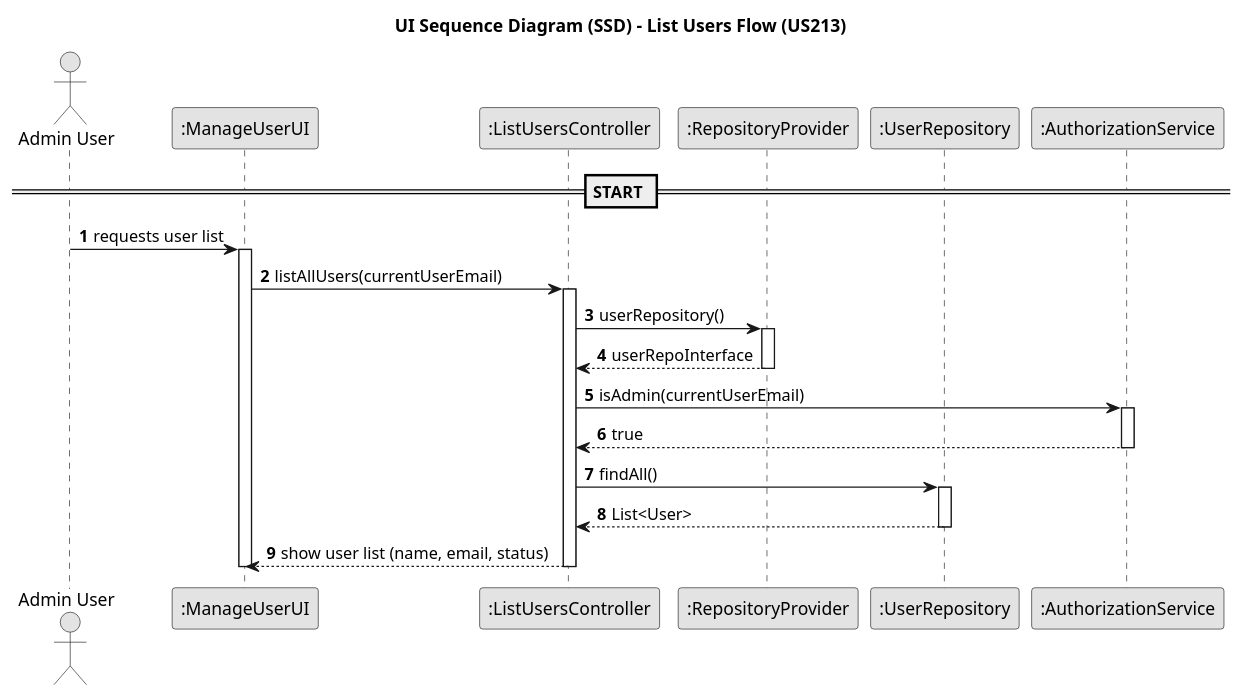
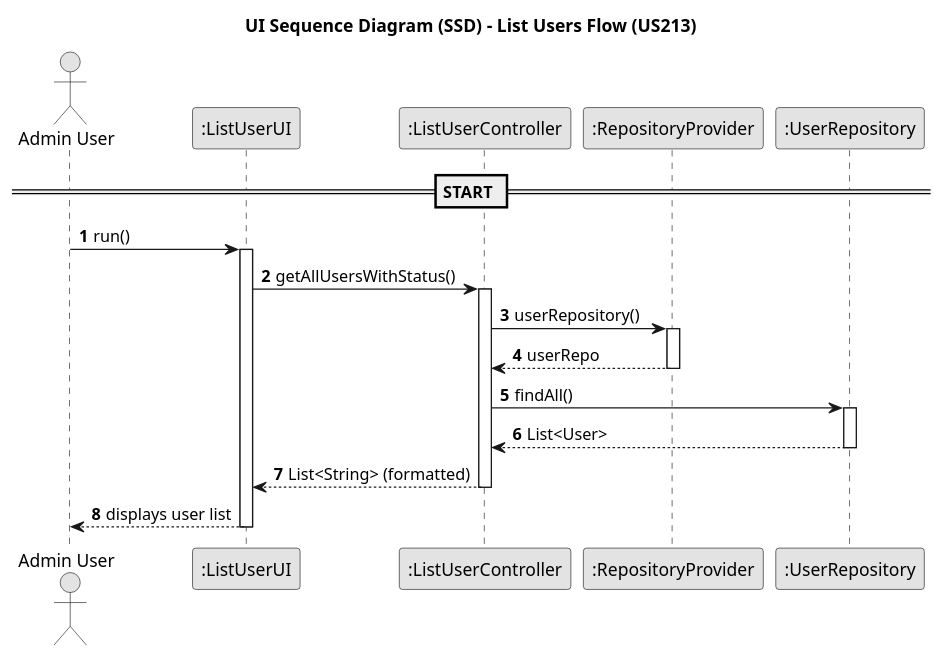
Before and after one commit to SAEmanuel/Shodrone_ISEP: the diagram in docs/planning/sprint2/EAPLI/US213 - List Users/03.design/puml/us213-domain-model.puml, drawn with PlantUML. The commit also changed 9 other files, not shown here.

```diff
--- a/docs/planning/sprint2/EAPLI/US213 - List Users/03.design/puml/us213-domain-model.puml
+++ b/docs/planning/sprint2/EAPLI/US213 - List Users/03.design/puml/us213-domain-model.puml
@@ -1,43 +1,40 @@
 @startuml
 skinparam monochrome true
 skinparam packageStyle rectangle
 skinparam shadowing false
 
 title UI Sequence Diagram (SSD) - List Users Flow (US213)
 
 autonumber
 
 actor "Admin User" as user
-participant ":ManageUserUI" as UI
-participant ":ListUsersController" as CTRL
+participant ":ListUserUI" as UI
+participant ":ListUserController" as Controller
 participant ":RepositoryProvider" as repoProvider
-participant ":UserRepository" as userRepoInterface
-participant ":AuthorizationService" as authService
+participant ":UserRepository" as userRepo
 
 == START ==
 
-user -> UI : requests user list
+user -> UI : run()
 activate UI
-UI -> CTRL : listAllUsers(currentUserEmail)
-activate CTRL
 
-CTRL -> repoProvider : userRepository()
+UI -> Controller : getAllUsersWithStatus()
+activate Controller
+
+Controller -> repoProvider : userRepository()
 activate repoProvider
-repoProvider --> CTRL : userRepoInterface
+repoProvider --> Controller : userRepo
 deactivate repoProvider
 
-CTRL -> authService : isAdmin(currentUserEmail)
-activate authService
-authService --> CTRL : true
-deactivate authService
+Controller -> userRepo : findAll()
+activate userRepo
+userRepo --> Controller : List<User>
+deactivate userRepo
 
-CTRL -> userRepoInterface : findAll()
-activate userRepoInterface
-userRepoInterface --> CTRL : List<User>
-deactivate userRepoInterface
+Controller --> UI : List<String> (formatted)
+deactivate Controller
 
-CTRL --> UI : show user list (name, email, status)
-deactivate CTRL
+UI --> user : displays user list
 deactivate UI
 
 @enduml
```
